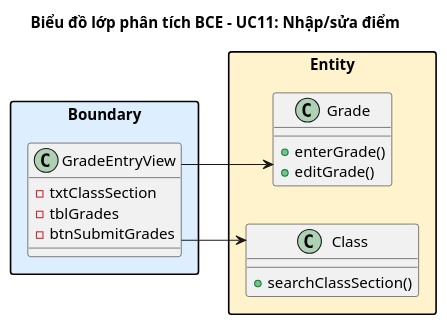
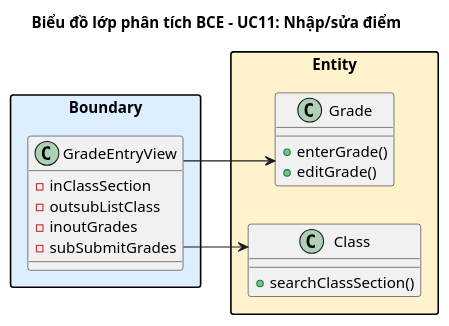
The ninth of 20 diagrams in report/md/module3_attendance_grades.md (thanhtrnnn/universe), drawn with PlantUML before and after one commit. The commit also changed other lines of this file and 1 other file, not shown here.

First line of the commit message:
docs(module3): apply in/out/sub attribute convention to BCE analysis diagrams

````diff
--- a/report/md/module3_attendance_grades.md
+++ b/report/md/module3_attendance_grades.md
@@ -426,29 +440,30 @@
 ```plantuml
 @startuml
 left to right direction
 skinparam linetype ortho
 skinparam packageStyle rectangle
 title Biểu đồ lớp phân tích BCE – UC11: Nhập/sửa điểm
 
 package "Boundary" #DDEEFF {
   class GradeEntryView {
-    -txtClassSection
-    -tblGrades
-    -btnSubmitGrades
+    -inClassSection
+    -outsubListClass
+    -inoutGrades
+    -subSubmitGrades
   }
 }
 
 package "Entity" #FFF3CD {
   class Grade {
     +enterGrade()
     +editGrade()
   }
   class Class {
     +searchClassSection()
   }
 }
 
 GradeEntryView --> Grade
 GradeEntryView --> Class
 @enduml
 ```
````
